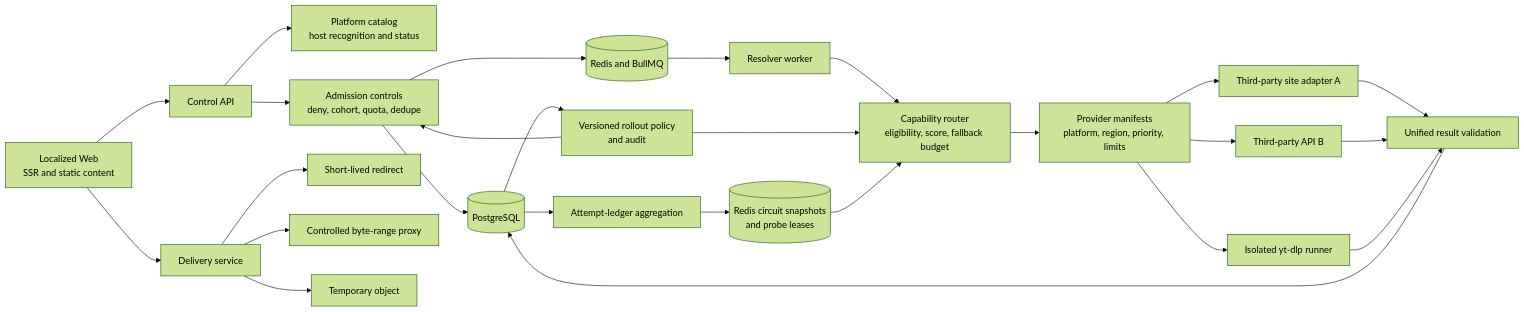
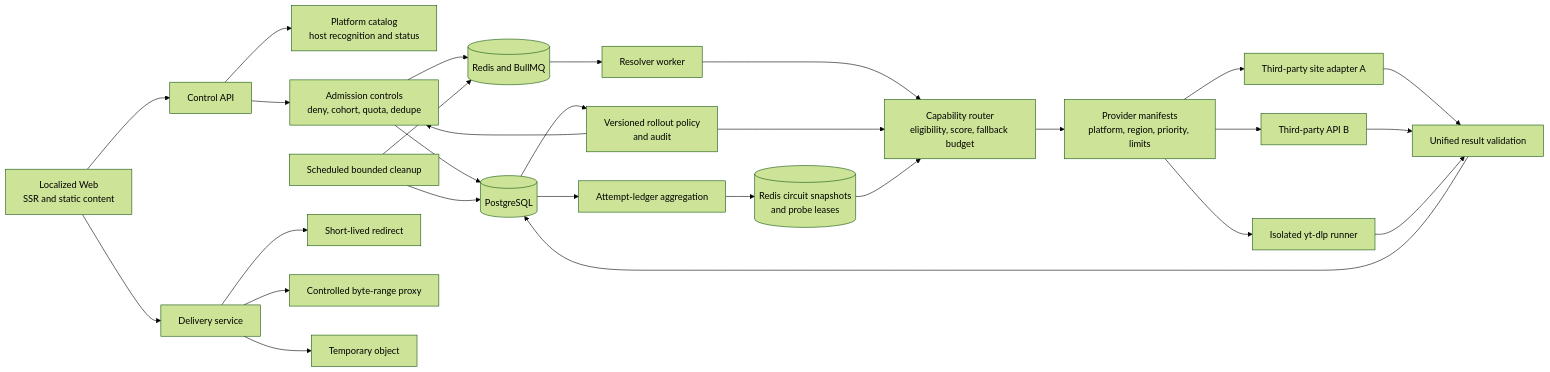
Before and after one commit to wepuu/tikdd: the diagram in docs/architecture/README.md, drawn with Mermaid (forest theme). The commit also changed other lines of this file and 24 other files, not shown here.

Commit message:
feat: add bounded retention cleanup

````diff
--- a/docs/architecture/README.md
+++ b/docs/architecture/README.md
@@ -10,31 +10,33 @@
 ```mermaid
 flowchart LR
     Web["Localized Web<br/>SSR and static content"] --> API["Control API"]
     API --> Catalog["Platform catalog<br/>host recognition and status"]
     API --> Admission["Admission controls<br/>deny, cohort, quota, dedupe"]
     Admission --> DB[(PostgreSQL)]
     Admission --> Queue[(Redis and BullMQ)]
+    Cleanup["Scheduled bounded cleanup"] --> DB
+    Cleanup --> Queue
     DB --> Rollout["Versioned rollout policy<br/>and audit"]
     Rollout --> Admission
 
     Queue --> Worker["Resolver worker"]
     Worker --> Router["Capability router<br/>eligibility, score, fallback budget"]
     Rollout --> Router
     Router --> Registry["Provider manifests<br/>platform, region, priority, limits"]
     Registry --> AdapterA["Third-party site adapter A"]
     Registry --> AdapterB["Third-party API B"]
     Registry --> YtDlp["Isolated yt-dlp runner"]
     AdapterA --> Normalize["Unified result validation"]
     AdapterB --> Normalize
     YtDlp --> Normalize
     Normalize --> DB
 
     DB --> Health["Attempt-ledger aggregation"]
     Health --> Circuit[("Redis circuit snapshots<br/>and probe leases")]
     Circuit --> Router
 
     Web --> Delivery["Delivery service"]
     Delivery --> Redirect["Short-lived redirect"]
     Delivery --> Proxy["Controlled byte-range proxy"]
     Delivery --> Object["Temporary object"]
 ```
````
